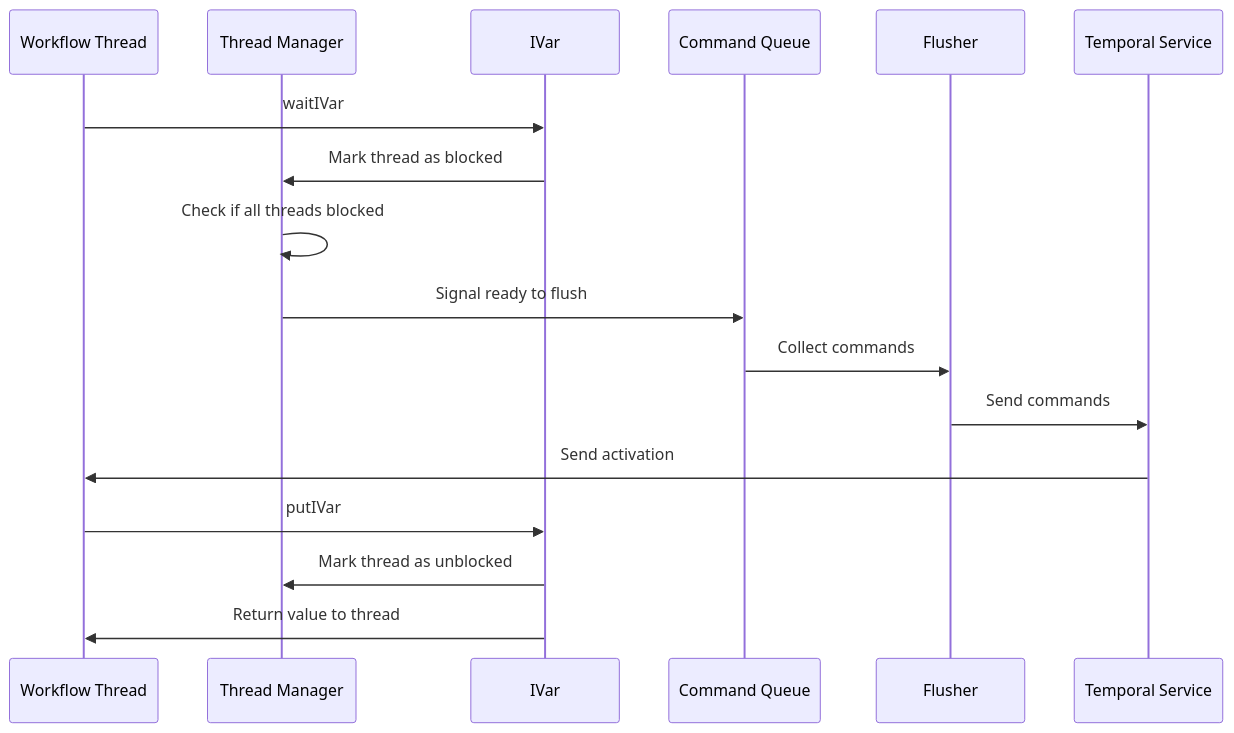
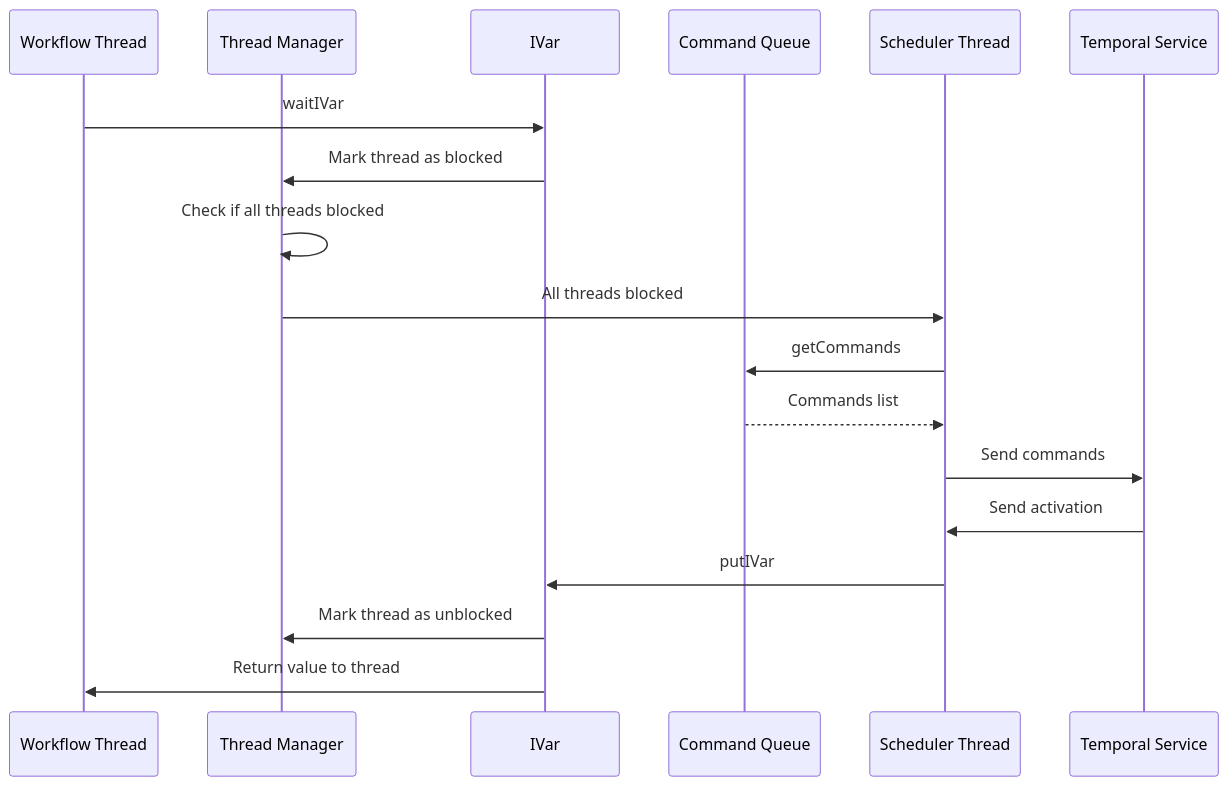
The second of 4 diagrams in docs/README.md (MercuryTechnologies/hs-temporal-sdk), drawn with Mermaid before and after one commit. The commit also changed other lines of this file and 12 other files, not shown here.

````diff
--- a/docs/README.md
+++ b/docs/README.md
@@ -73,22 +73,23 @@
 ```mermaid
 sequenceDiagram
     participant W as Workflow Thread
     participant T as Thread Manager
     participant I as IVar
     participant Q as Command Queue
-    participant F as Flusher
-    participant S as Temporal Service
+    participant S as Scheduler Thread
+    participant TS as Temporal Service
 
     W->>I: waitIVar
     I->>T: Mark thread as blocked
 
     T->>T: Check if all threads blocked
-    T->>Q: Signal ready to flush
-    Q->>F: Collect commands
-    F->>S: Send commands
+    T->>S: All threads blocked
+    S->>Q: getCommands
+    Q-->>S: Commands list
+    S->>TS: Send commands
 
-    S->>W: Send activation
-    W->>I: putIVar
+    TS->>S: Send activation
+    S->>I: putIVar
     I->>T: Mark thread as unblocked
     I->>W: Return value to thread
 ```
````
